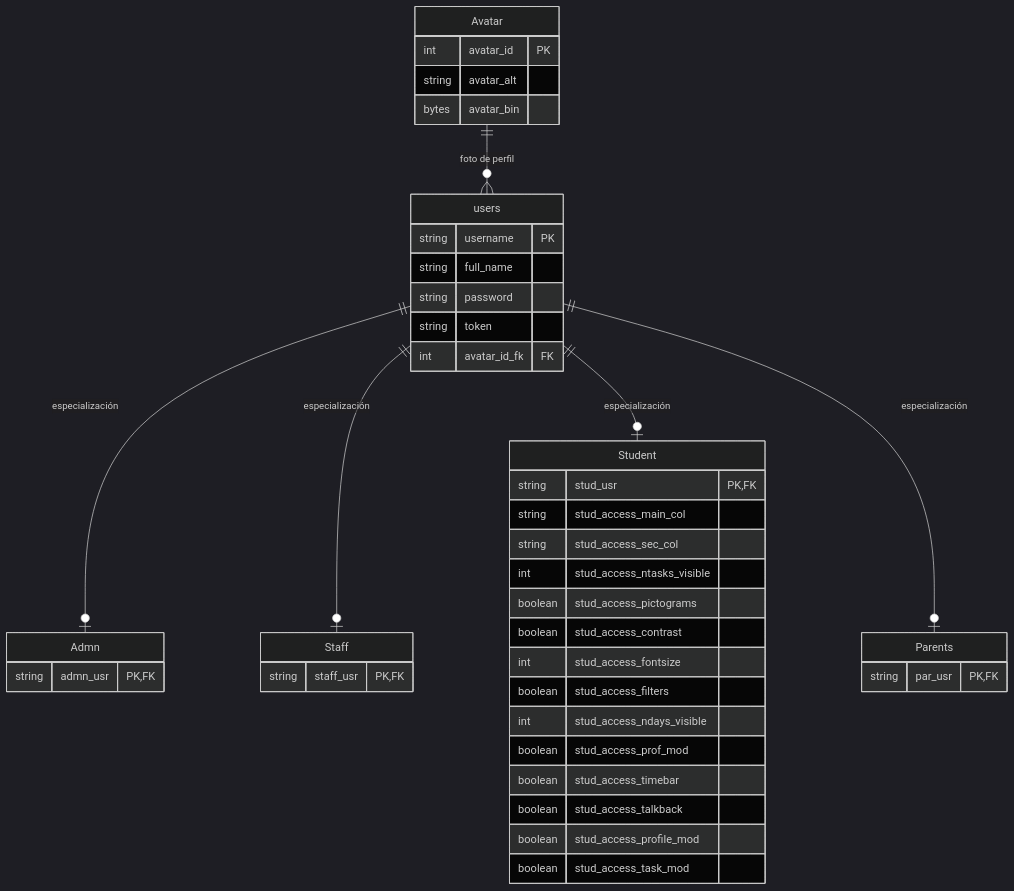
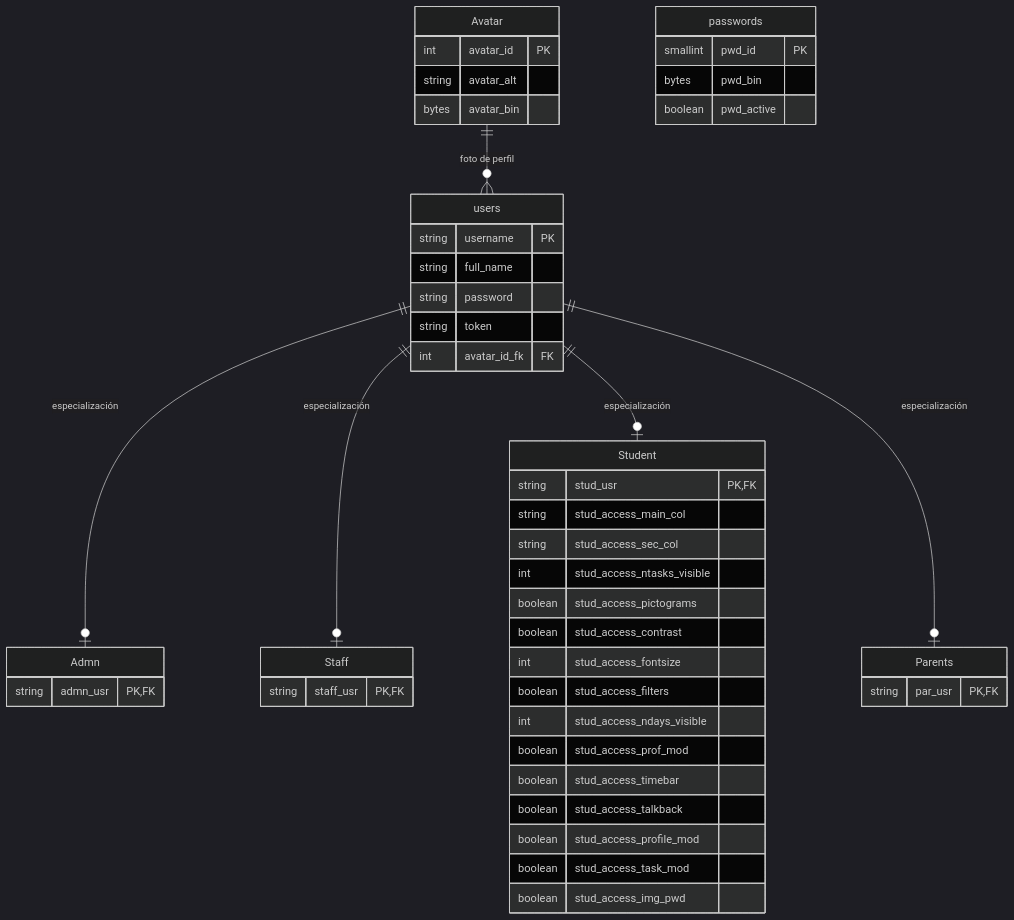
Before and after one commit to jxliian/dgp-mda-2627: the diagram in docs/diseno_arquitectura/modelado_datos/ModeloRelacional.md, drawn with Mermaid (dark theme). The commit also changed other lines of this file and 11 other files, not shown here.

````diff
--- a/docs/diseno_arquitectura/modelado_datos/ModeloRelacional.md
+++ b/docs/diseno_arquitectura/modelado_datos/ModeloRelacional.md
@@ -5,46 +5,52 @@
 ```mermaid
 erDiagram
     Avatar ||--o{ users : "foto de perfil"
     users ||--o| Admn : "especialización"
     users ||--o| Staff : "especialización"
     users ||--o| Student : "especialización"
     users ||--o| Parents : "especialización"
+    passwords {
+        smallint pwd_id PK
+        bytes pwd_bin
+        boolean pwd_active
+    }
 
     Avatar {
         int avatar_id PK
         string avatar_alt
         bytes avatar_bin
     }
     users {
         string username PK
         string full_name
         string password
         string token
         int avatar_id_fk FK
     }
     Admn {
         string admn_usr PK,FK
     }
     Staff {
         string staff_usr PK,FK
     }
     Student {
         string stud_usr PK,FK
         string stud_access_main_col
         string stud_access_sec_col
         int stud_access_ntasks_visible
         boolean stud_access_pictograms
         boolean stud_access_contrast
         int stud_access_fontsize
         boolean stud_access_filters
         int stud_access_ndays_visible
         boolean stud_access_prof_mod
         boolean stud_access_timebar
         boolean stud_access_talkback
         boolean stud_access_profile_mod
         boolean stud_access_task_mod
+        boolean stud_access_img_pwd
     }
     Parents {
         string par_usr PK,FK
     }
 ```
````
